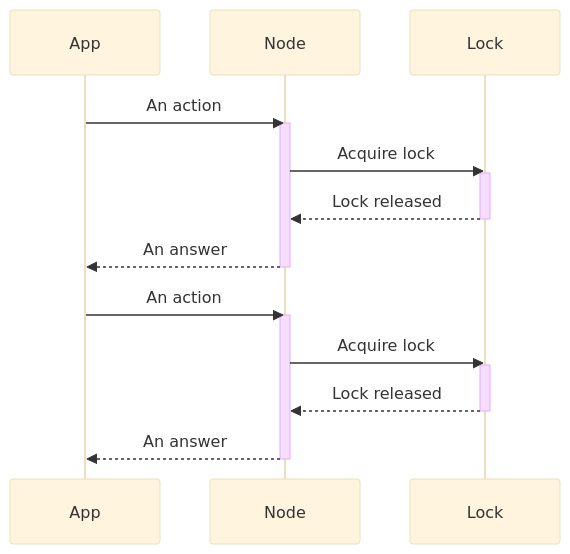
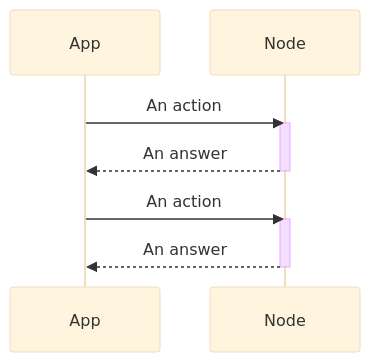
One commit to PYBrulin/axone changed the seventh of 8 diagrams in README.md. Above: the diagram before and after it, drawn with Mermaid (base theme). The commit also changed other lines of this file, not shown here.

Commit message:
docs: Rewrite README to reflect new architecture

````diff
--- a/README.md
+++ b/README.md
@@ -374,20 +366,12 @@
 ```mermaid
     sequenceDiagram
     App->>Node: An action
     activate Node
-    Node->>Lock: Acquire lock
-    activate Lock
-    Lock-->>Node: Lock released
-    deactivate Lock
     Node-->>App: An answer
     deactivate Node
 
     App->>Node: An action
     activate Node
-    Node->>Lock: Acquire lock
-    activate Lock
-    Lock-->>Node: Lock released
-    deactivate Lock
     Node-->>App: An answer
     deactivate Node
 ```
````
